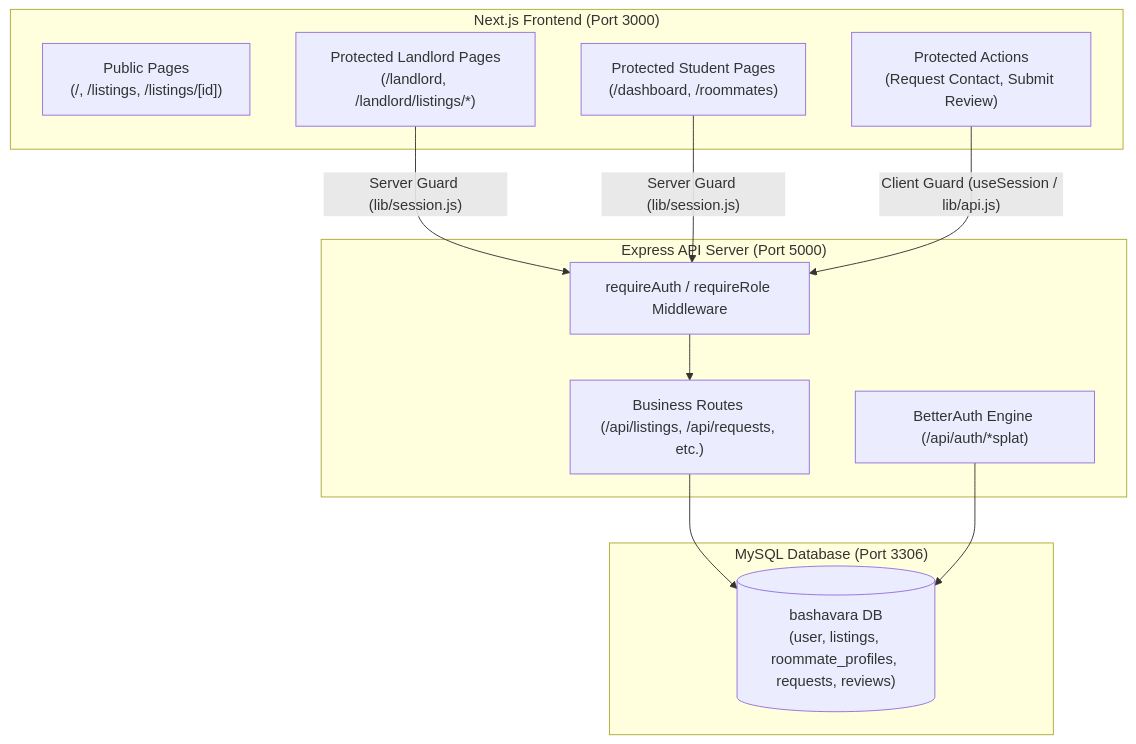
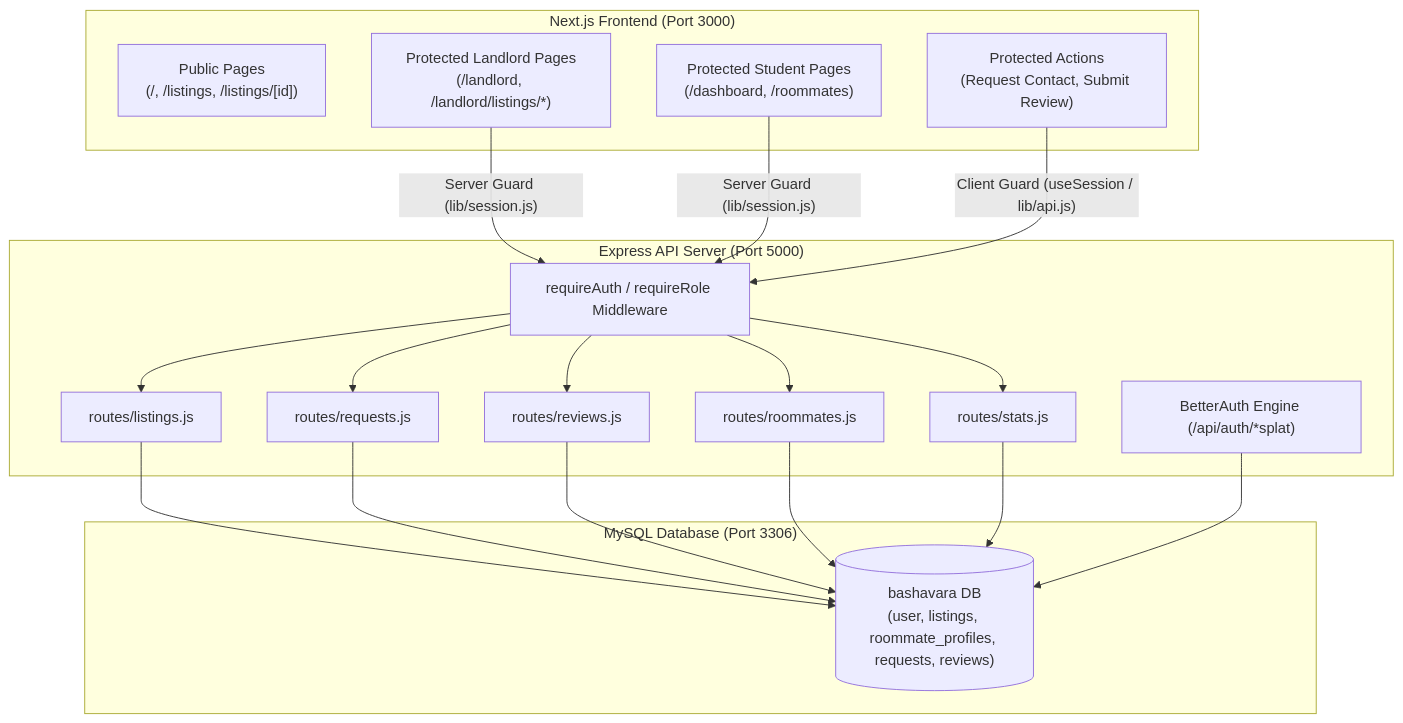
The diagram in explanation.md (TanvirHassan-official/Bashavara), drawn with Mermaid before and after one commit. The commit also changed other lines of this file and 6 other files, not shown here.

````diff
--- a/explanation.md
+++ b/explanation.md
@@ -9,26 +9,30 @@
 ```mermaid
 graph TD
     subgraph Frontend ["Next.js Frontend (Port 3000)"]
         PublicPages["Public Pages<br/>(/, /listings, /listings/[id])"]
         ProtectedStudent["Protected Student Pages<br/>(/dashboard, /roommates)"]
         ProtectedLandlord["Protected Landlord Pages<br/>(/landlord, /landlord/listings/*)"]
         ProtectedAction["Protected Actions<br/>(Request Contact, Submit Review)"]
     end
 
     subgraph Backend ["Express API Server (Port 5000)"]
         AuthMw["requireAuth / requireRole Middleware"]
         BetterAuth["BetterAuth Engine (/api/auth/*splat)"]
-        BusinessRoutes["Business Routes (/api/listings, /api/requests, etc.)"]
+        ListingsRoute["routes/listings.js"]
+        RequestsRoute["routes/requests.js"]
+        ReviewsRoute["routes/reviews.js"]
+        RoommatesRoute["routes/roommates.js"]
+        StatsRoute["routes/stats.js"]
     end
 
     subgraph Database ["MySQL Database (Port 3306)"]
         DB[("bashavara DB<br/>(user, listings, roommate_profiles, requests, reviews)")]
     end
 
     ProtectedLandlord -->|"Server Guard (lib/session.js)"| AuthMw
     ProtectedStudent -->|"Server Guard (lib/session.js)"| AuthMw
     ProtectedAction -->|"Client Guard (useSession / lib/api.js)"| AuthMw
-    AuthMw --> BusinessRoutes
-    BusinessRoutes --> DB
+    AuthMw --> ListingsRoute & RequestsRoute & ReviewsRoute & RoommatesRoute & StatsRoute
+    ListingsRoute & RequestsRoute & ReviewsRoute & RoommatesRoute & StatsRoute --> DB
     BetterAuth --> DB
 ```
````
